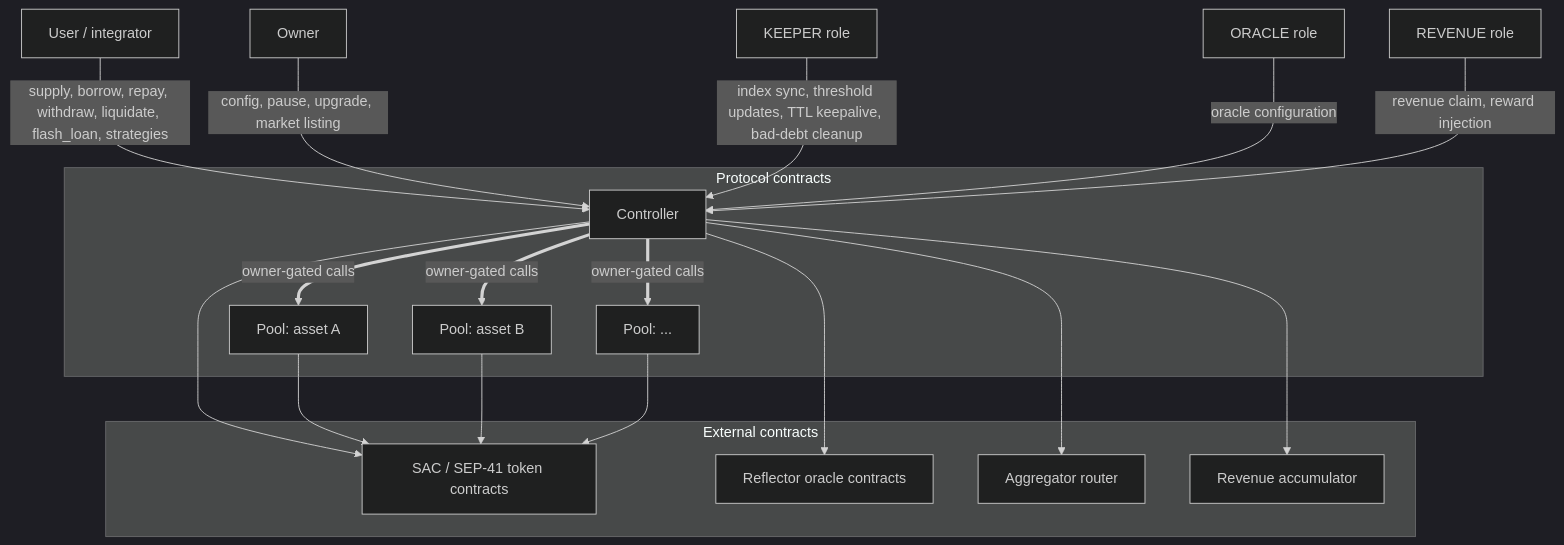
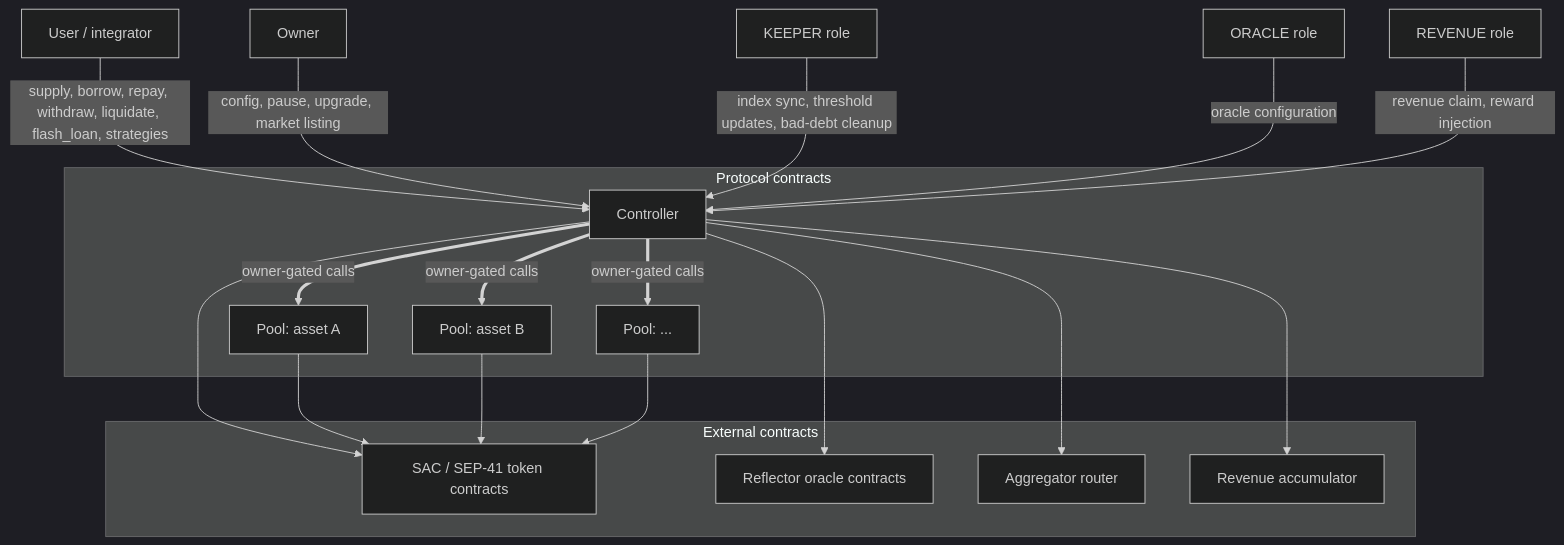
Before and after one commit to XOXNO/rs-lending-xlm: the first of 14 diagrams in SCF_BUILD_ARCHITECTURE.md, drawn with Mermaid (dark theme). The commit also changed other lines of this file and 14 other files, not shown here.

First line of the commit message:
refactor(controller): drop keepalive_* endpoints in favor of off-chain extend

````diff
--- a/SCF_BUILD_ARCHITECTURE.md
+++ b/SCF_BUILD_ARCHITECTURE.md
@@ -55,40 +55,40 @@
 ```mermaid
 flowchart TB
     User["User / integrator"]
     Owner["Owner"]
     Keeper["KEEPER role"]
     OracleRole["ORACLE role"]
     RevenueRole["REVENUE role"]
 
     subgraph Protocol["Protocol contracts"]
         Controller["Controller"]
         PoolA["Pool: asset A"]
         PoolB["Pool: asset B"]
         PoolN["Pool: ..."]
     end
 
     subgraph External["External contracts"]
         Token["SAC / SEP-41 token contracts"]
         Reflector["Reflector oracle contracts"]
         Router["Aggregator router"]
         Accumulator["Revenue accumulator"]
     end
 
     User -->|"supply, borrow, repay, withdraw, liquidate, flash_loan, strategies"| Controller
     Owner -->|"config, pause, upgrade, market listing"| Controller
-    Keeper -->|"index sync, threshold updates, TTL keepalive, bad-debt cleanup"| Controller
+    Keeper -->|"index sync, threshold updates, bad-debt cleanup"| Controller
     OracleRole -->|"oracle configuration"| Controller
     RevenueRole -->|"revenue claim, reward injection"| Controller
 
     Controller ==>|"owner-gated calls"| PoolA
     Controller ==>|"owner-gated calls"| PoolB
     Controller ==>|"owner-gated calls"| PoolN
 
     Controller --> Reflector
     Controller --> Router
     Controller --> Token
     PoolA --> Token
     PoolB --> Token
     PoolN --> Token
     Controller --> Accumulator
 ```
````
